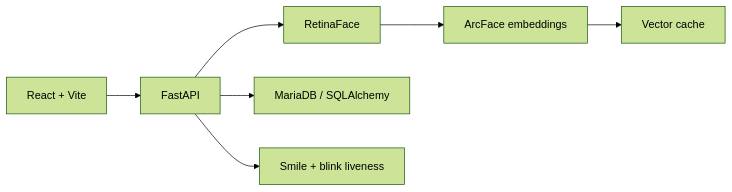
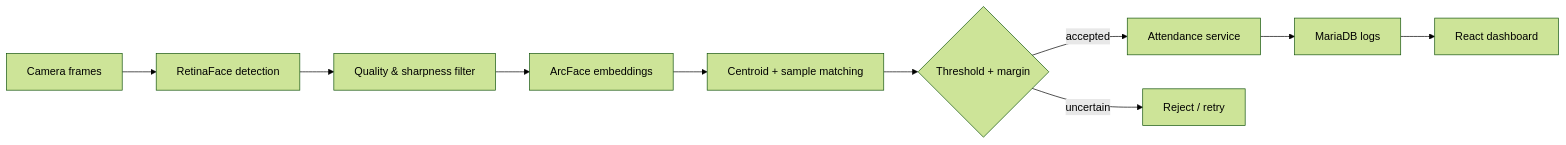
The diagram in README.md (yoon-chan-hyeok/face-attendance-system), drawn with Mermaid (forest theme) before and after one commit. The commit also changed other lines of this file, not shown here.

Commit message:
docs: redesign face attendance portfolio page

````diff
--- a/README.md
+++ b/README.md
@@ -19,9 +34,12 @@
 ```mermaid
 flowchart LR
-    UI["React + Vite"] --> API["FastAPI"]
-    API --> FD["RetinaFace"]
-    FD --> FE["ArcFace embeddings"]
-    FE --> VC["Vector cache"]
-    API --> DB["MariaDB / SQLAlchemy"]
-    API --> LV["Smile + blink liveness"]
+    C["Camera frames"] --> D["RetinaFace detection"]
+    D --> Q["Quality & sharpness filter"]
+    Q --> E["ArcFace embeddings"]
+    E --> M["Centroid + sample matching"]
+    M --> G{"Threshold + margin"}
+    G -->|accepted| A["Attendance service"]
+    G -->|uncertain| R["Reject / retry"]
+    A --> DB["MariaDB logs"]
+    DB --> UI["React dashboard"]
 ```
````
